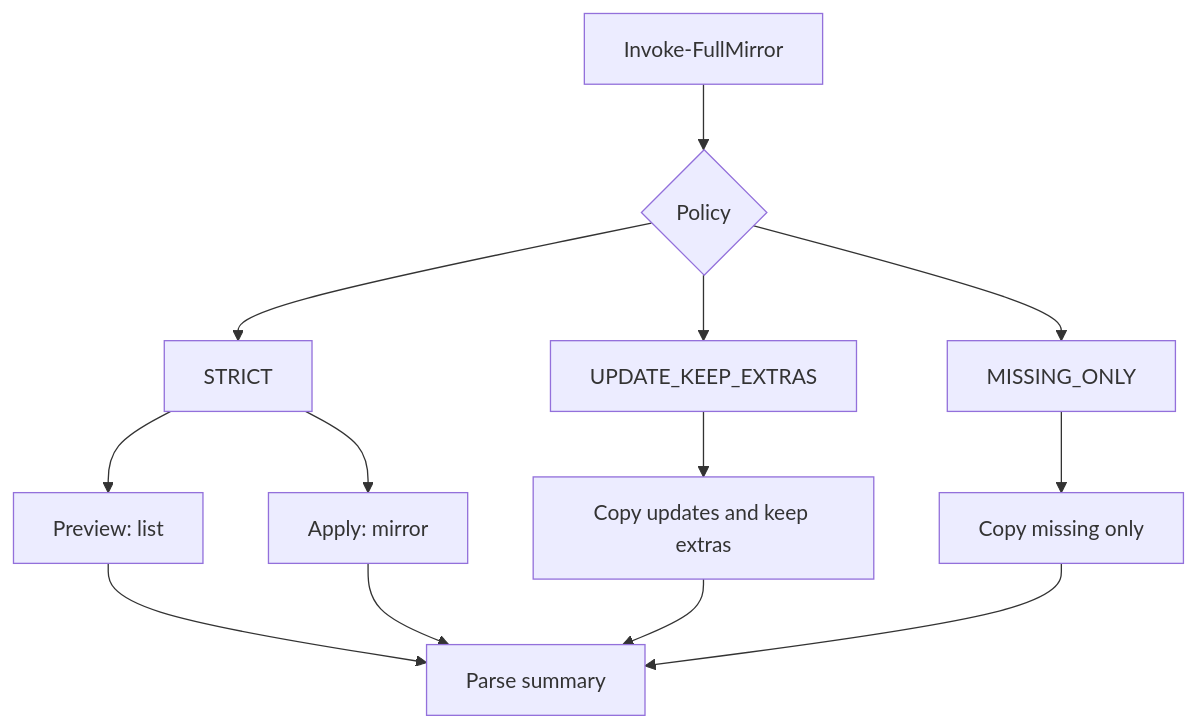
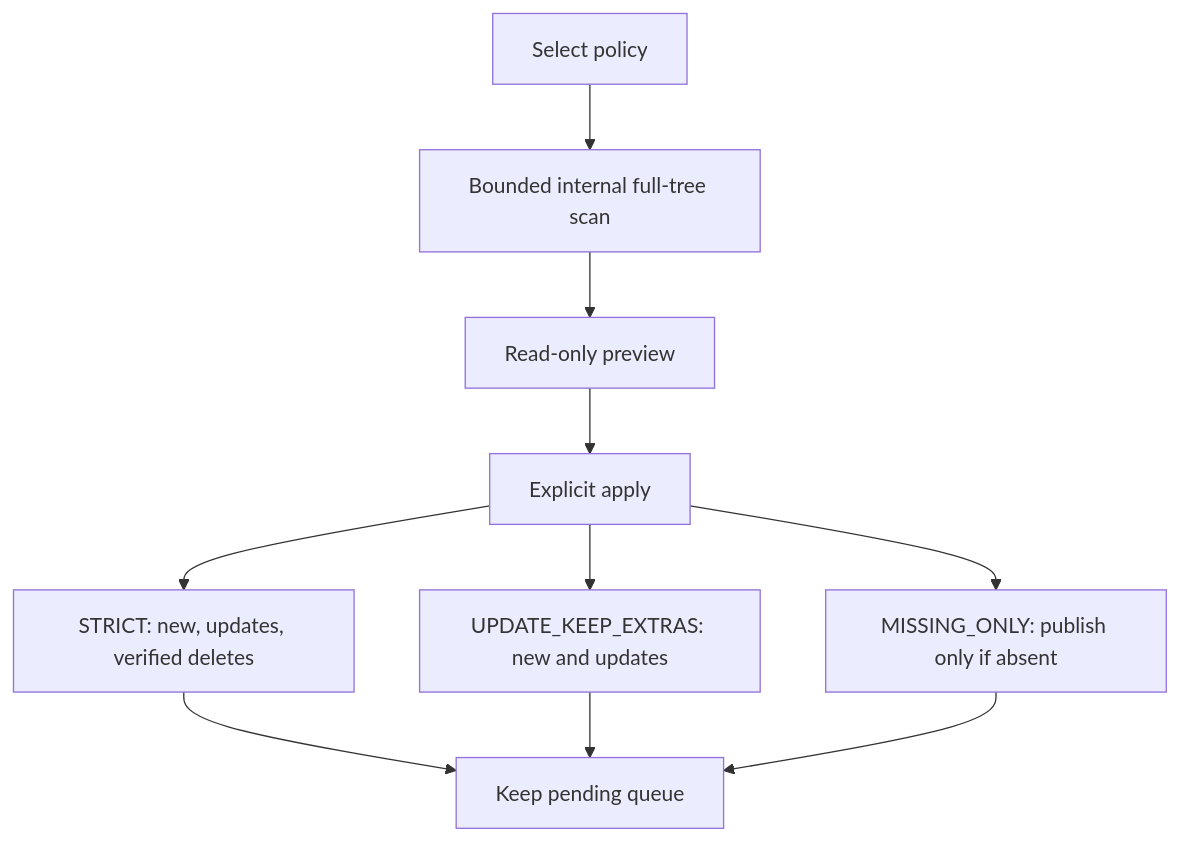
The diagram in docs/maps/full-mirror-policy-map.md (AMD4x/miraqueue), drawn with Mermaid before and after one commit. The commit also changed other lines of this file and 41 other files, not shown here.

````diff
--- a/docs/maps/full-mirror-policy-map.md
+++ b/docs/maps/full-mirror-policy-map.md
@@ -3,15 +3,12 @@
 ```mermaid
-graph TD
-  A[Invoke-FullMirror] --> B{Policy}
-  B --> C[STRICT]
-  B --> D[UPDATE_KEEP_EXTRAS]
-  B --> E[MISSING_ONLY]
-  C --> F[Preview: list]
-  C --> G[Apply: mirror]
-  D --> H[Copy updates and keep extras]
-  E --> I[Copy missing only]
-  F --> J[Parse summary]
-  G --> J
-  H --> J
-  I --> J
+flowchart TD
+  A[Select policy] --> B[Bounded internal full-tree scan]
+  B --> C[Read-only preview]
+  C --> D[Explicit apply]
+  D --> E[STRICT: new, updates, verified deletes]
+  D --> F[UPDATE_KEEP_EXTRAS: new and updates]
+  D --> G[MISSING_ONLY: publish only if absent]
+  E --> H[Keep pending queue]
+  F --> H
+  G --> H
 ```
````
